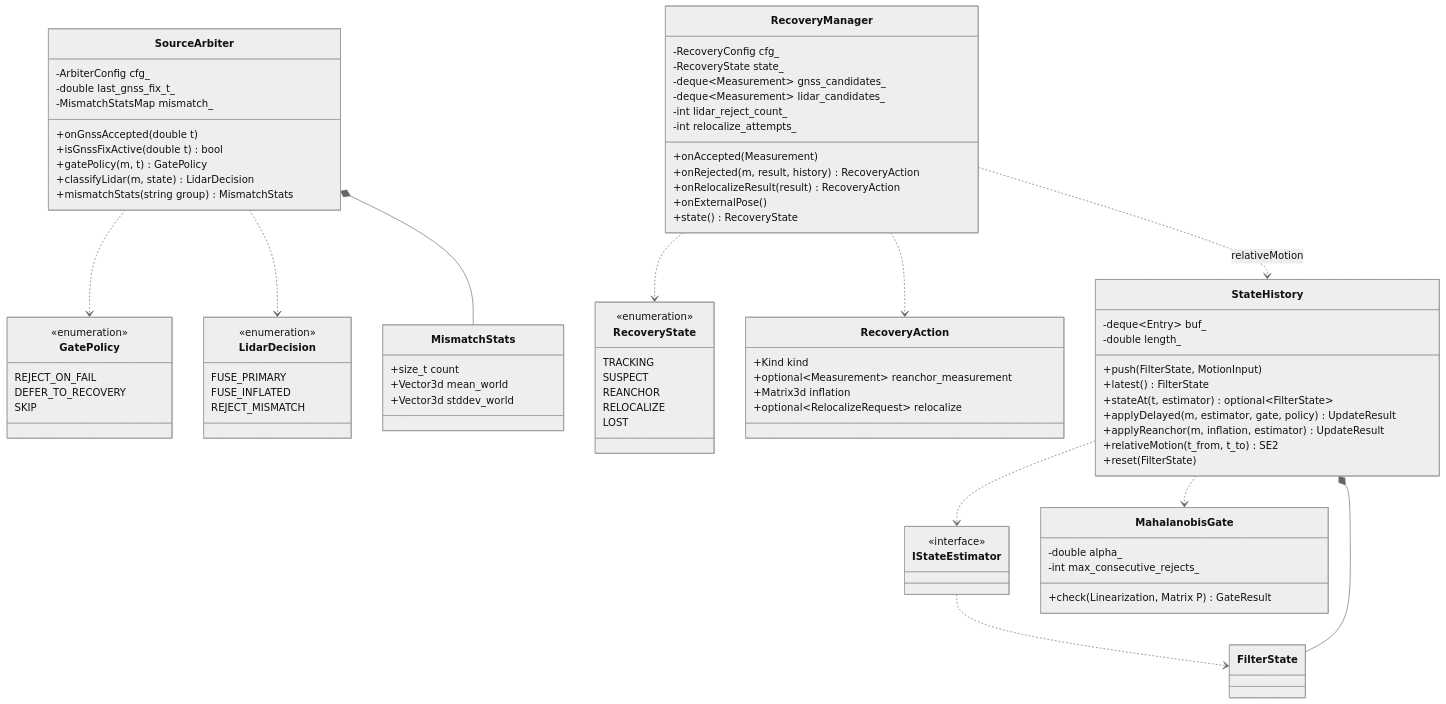
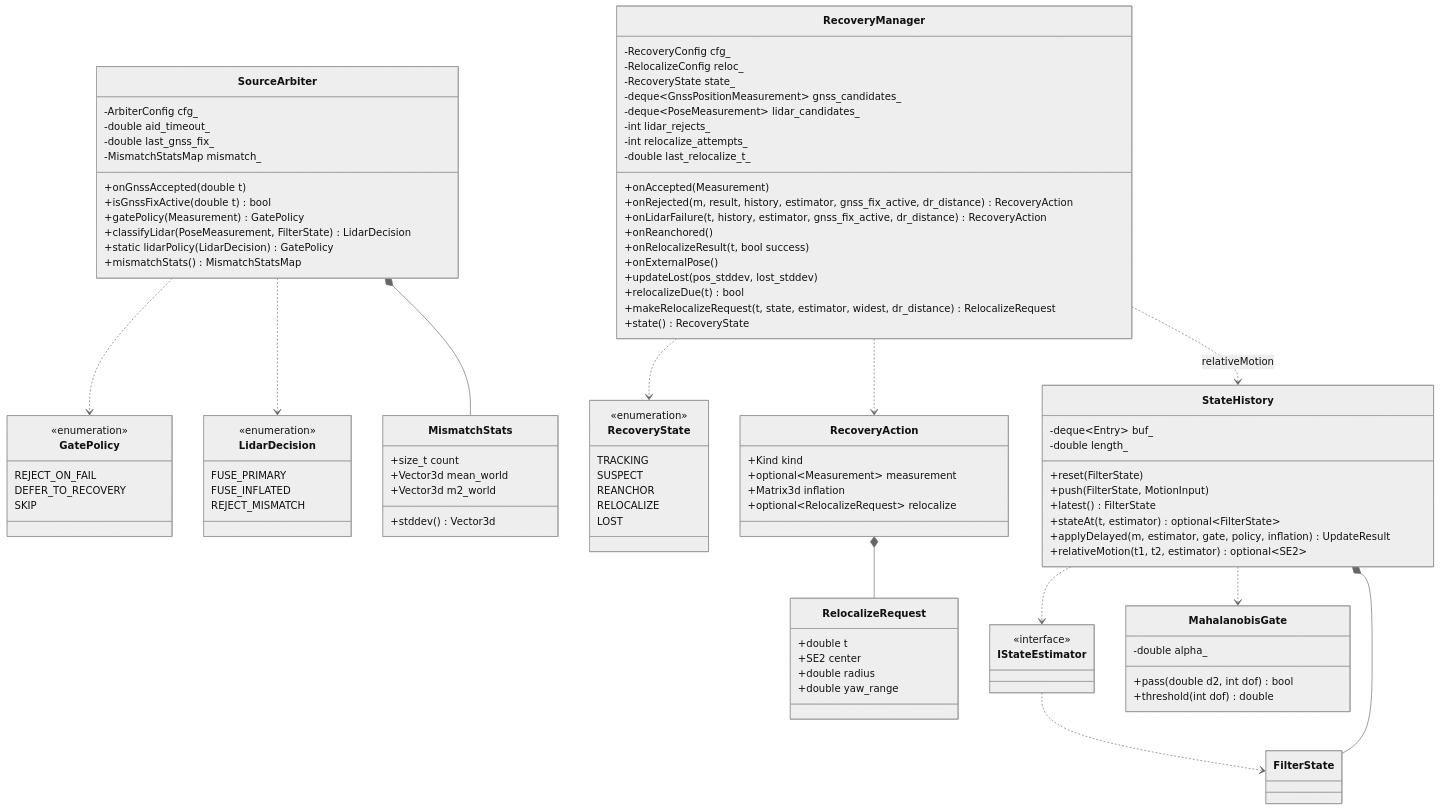
Before and after one commit to mamoru1126/gnss_and_lidar_localization: the sixth of 15 diagrams in docs/architecture.md, drawn with Mermaid (neutral theme). The commit also changed other lines of this file and 12 other files, not shown here.

First line of the commit message:
feat: 地図上での初期化にタイムアウトを追加し、Phase 2 に合わせて文書を更新

```diff
--- a/docs/architecture.md
+++ b/docs/architecture.md
@@ -442,18 +524,17 @@
   class StateHistory {
     -deque~Entry~ buf_
     -double length_
+    +reset(FilterState)
     +push(FilterState, MotionInput)
     +latest() FilterState
     +stateAt(t, estimator) optional~FilterState~
-    +applyDelayed(m, estimator, gate, policy) UpdateResult
-    +applyReanchor(m, inflation, estimator) UpdateResult
-    +relativeMotion(t_from, t_to) SE2
-    +reset(FilterState)
+    +applyDelayed(m, estimator, gate, policy, inflation) UpdateResult
+    +relativeMotion(t1, t2, estimator) optional~SE2~
   }
   class MahalanobisGate {
     -double alpha_
-    -int max_consecutive_rejects_
-    +check(Linearization, Matrix P) GateResult
+    +pass(double d2, int dof) bool
+    +threshold(int dof) double
   }
   class GatePolicy {
     <<enumeration>>
@@ -463,13 +544,15 @@
   }
   class SourceArbiter {
     -ArbiterConfig cfg_
-    -double last_gnss_fix_t_
+    -double aid_timeout_
+    -double last_gnss_fix_
     -MismatchStatsMap mismatch_
     +onGnssAccepted(double t)
     +isGnssFixActive(double t) bool
-    +gatePolicy(m, t) GatePolicy
-    +classifyLidar(m, state) LidarDecision
-    +mismatchStats(string group) MismatchStats
+    +gatePolicy(Measurement) GatePolicy
+    +classifyLidar(PoseMeasurement, FilterState) LidarDecision
+    +static lidarPolicy(LidarDecision) GatePolicy
+    +mismatchStats() MismatchStatsMap
   }
   class LidarDecision {
     <<enumeration>>
@@ -480,19 +563,27 @@
   class MismatchStats {
     +size_t count
     +Vector3d mean_world
-    +Vector3d stddev_world
+    +Vector3d m2_world
+    +stddev() Vector3d
   }
   class RecoveryManager {
     -RecoveryConfig cfg_
+    -RelocalizeConfig reloc_
     -RecoveryState state_
-    -deque~Measurement~ gnss_candidates_
-    -deque~Measurement~ lidar_candidates_
-    -int lidar_reject_count_
+    -deque~GnssPositionMeasurement~ gnss_candidates_
+    -deque~PoseMeasurement~ lidar_candidates_
+    -int lidar_rejects_
     -int relocalize_attempts_
+    -double last_relocalize_t_
     +onAccepted(Measurement)
-    +onRejected(m, result, history) RecoveryAction
-    +onRelocalizeResult(result) RecoveryAction
+    +onRejected(m, result, history, estimator, gnss_fix_active, dr_distance) RecoveryAction
+    +onLidarFailure(t, history, estimator, gnss_fix_active, dr_distance) RecoveryAction
+    +onReanchored()
+    +onRelocalizeResult(t, bool success)
     +onExternalPose()
+    +updateLost(pos_stddev, lost_stddev)
+    +relocalizeDue(t) bool
+    +makeRelocalizeRequest(t, state, estimator, widest, dr_distance) RelocalizeRequest
     +state() RecoveryState
   }
   class RecoveryState {
@@ -505,15 +596,22 @@
   }
   class RecoveryAction {
     +Kind kind
-    +optional~Measurement~ reanchor_measurement
+    +optional~Measurement~ measurement
     +Matrix3d inflation
     +optional~RelocalizeRequest~ relocalize
+  }
+  class RelocalizeRequest {
+    +double t
+    +SE2 center
+    +double radius
+    +double yaw_range
   }
   SourceArbiter ..> GatePolicy
   SourceArbiter ..> LidarDecision
   SourceArbiter *-- MismatchStats
   RecoveryManager ..> RecoveryState
   RecoveryManager ..> RecoveryAction
+  RecoveryAction *-- RelocalizeRequest
   RecoveryManager ..> StateHistory : relativeMotion
   IStateEstimator ..> FilterState
   StateHistory ..> IStateEstimator
```
